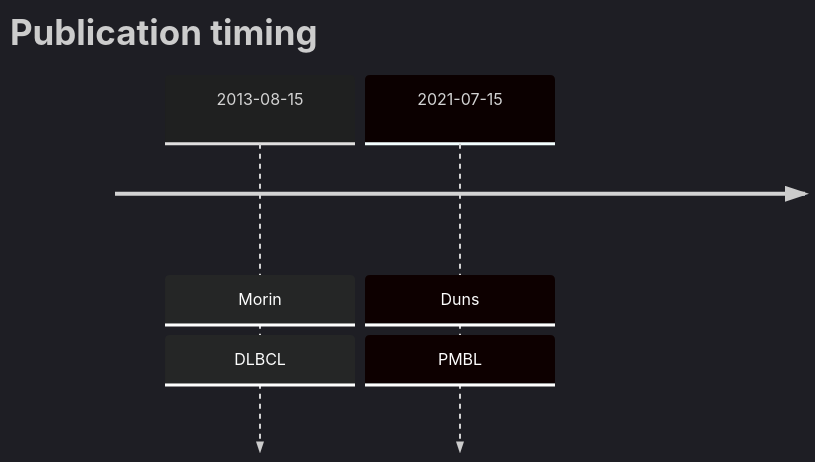
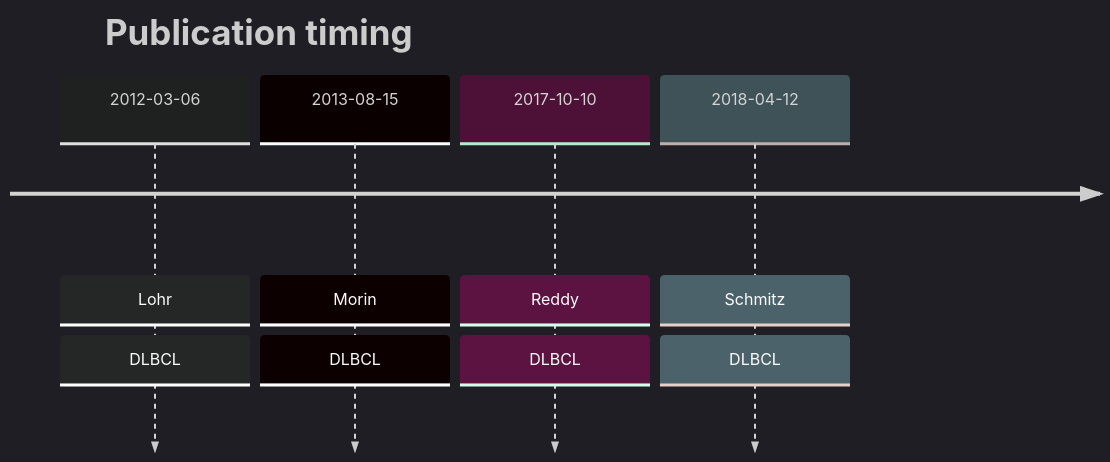
One commit to morinlab/lymphopedia changed the diagram in DUSP2.md. Above: the diagram before and after it, drawn with Mermaid.

````diff
--- a/DUSP2.md
+++ b/DUSP2.md
@@ -18,7 +18,9 @@
 ```mermaid
 %%{init: { 'logLevel': 'debug', 'theme': 'dark' } }%%
 timeline
     title Publication timing
-      2013-08-15 : Morin : DLBCL
-      2021-07-15 : Duns : PMBL
+2012-03-06 : Lohr : DLBCL
+2013-08-15 : Morin : DLBCL
+2017-10-10 : Reddy : DLBCL
+2018-04-12 : Schmitz : DLBCL
 ```
````
